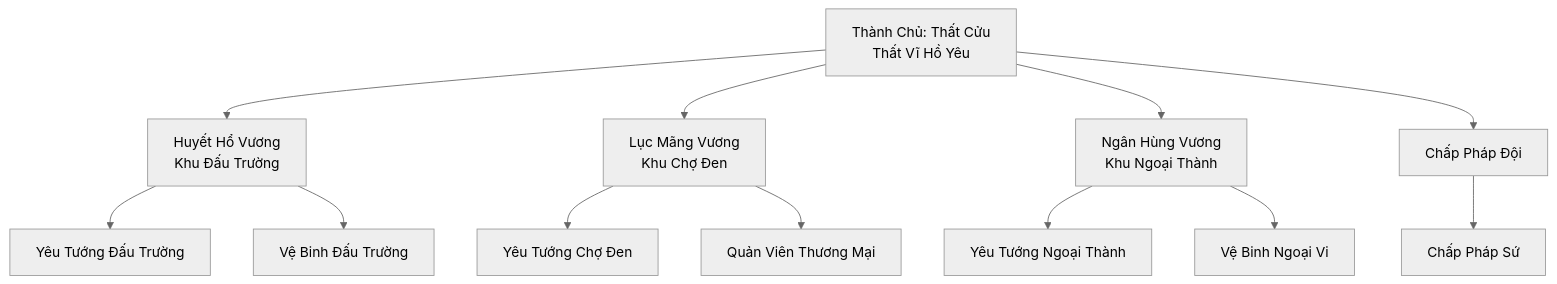
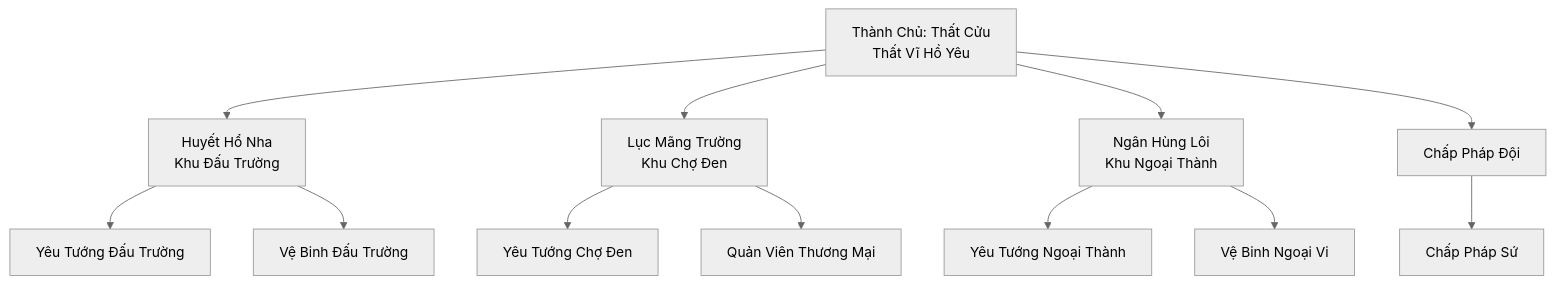
Before and after one commit to Sampi314/Obsidian_Novel_v2: the first of 2 diagrams in Đạo/Thế_Lực/Đông_Hoang/Vạn_Yêu_Thành.md, drawn with Mermaid (neutral theme). The commit also changed other lines of this file and 114 other files, not shown here.

Commit message:
refactor: rename 12 Yêu Tộc characters — remove Vương titles, fix duplicates

````diff
--- a/Đạo/Thế_Lực/Đông_Hoang/Vạn_Yêu_Thành.md
+++ b/Đạo/Thế_Lực/Đông_Hoang/Vạn_Yêu_Thành.md
@@ -177,14 +177,14 @@
 ```mermaid
 graph TD
-    TC[Thành Chủ: Thất Cửu<br>Thất Vĩ Hồ Yêu] --> HHV[Huyết Hổ Vương<br>Khu Đấu Trường]
-    TC --> LMV[Lục Mãng Vương<br>Khu Chợ Đen]
-    TC --> NHV[Ngân Hùng Vương<br>Khu Ngoại Thành]
+    TC[Thành Chủ: Thất Cửu<br>Thất Vĩ Hồ Yêu] --> HHV[Huyết Hổ Nha<br>Khu Đấu Trường]
+    TC --> LMV[Lục Mãng Trường<br>Khu Chợ Đen]
+    TC --> NHV[Ngân Hùng Lôi<br>Khu Ngoại Thành]
     TC --> CPD[Chấp Pháp Đội]
     HHV --> YT1[Yêu Tướng Đấu Trường]
     HHV --> VB1[Vệ Binh Đấu Trường]
     LMV --> YT2[Yêu Tướng Chợ Đen]
     LMV --> QV[Quản Viên Thương Mại]
     NHV --> YT3[Yêu Tướng Ngoại Thành]
     NHV --> VB3[Vệ Binh Ngoại Vi]
     CPD --> CPS[Chấp Pháp Sứ]
 ```
````
